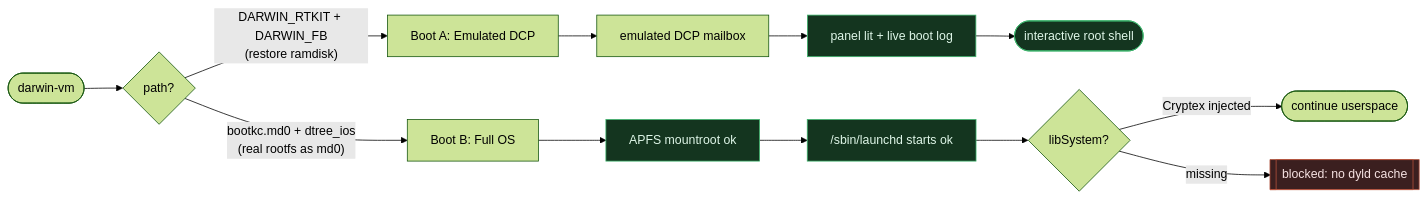
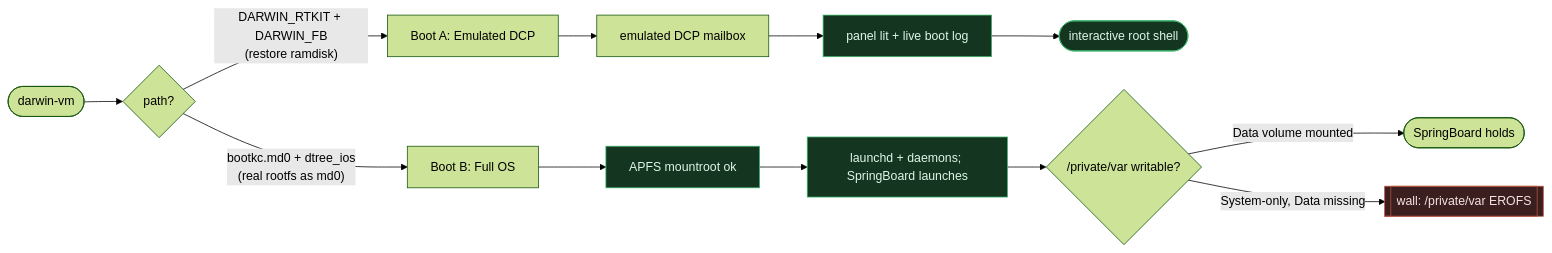
Before and after one commit to MaliosDark/ios27-cl4-secure-world: the third of 5 diagrams in README.md, drawn with Mermaid (forest theme). The commit also changed other lines of this file and 1 other file, not shown here.

````diff
--- a/README.md
+++ b/README.md
@@ -161,21 +172,21 @@
 ```mermaid
 flowchart LR
     START([darwin-vm]) --> A{path?}
 
     A -->|"DARWIN_RTKIT + DARWIN_FB<br/>(restore ramdisk)"| BA["Boot A: Emulated DCP"]
     BA --> BA1["emulated DCP mailbox"]
     BA1 --> BA2["panel lit + live boot log"]
     BA2 --> BA3([interactive root shell])
 
     A -->|"bootkc.md0 + dtree_ios<br/>(real rootfs as md0)"| BB["Boot B: Full OS"]
     BB --> BB1["APFS mountroot ok"]
-    BB1 --> BB2["/sbin/launchd starts ok"]
-    BB2 --> BB3{"libSystem?"}
-    BB3 -->|Cryptex injected| BB4([continue userspace])
-    BB3 -->|missing| BB5[["blocked: no dyld cache"]]
+    BB1 --> BB2["launchd + daemons; SpringBoard launches"]
+    BB2 --> BB3{"/private/var writable?"}
+    BB3 -->|Data volume mounted| BB4([SpringBoard holds])
+    BB3 -->|System-only, Data missing| BB5[["wall: /private/var EROFS"]]
 
     classDef ok fill:#14351f,stroke:#3cb56c,color:#dff6e8;
     classDef blk fill:#3b1f1f,stroke:#b5533c,color:#f6e2e2;
     class BA2,BA3,BB1,BB2 ok;
     class BB5 blk;
 ```
````
